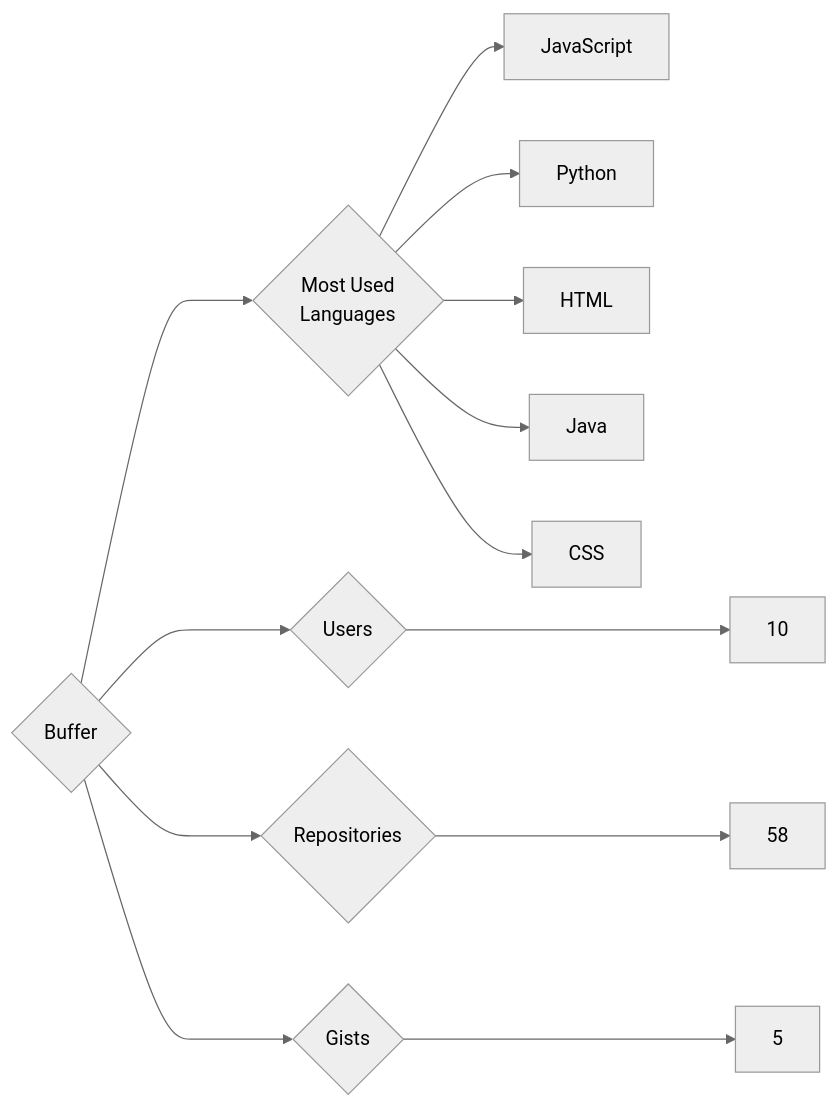
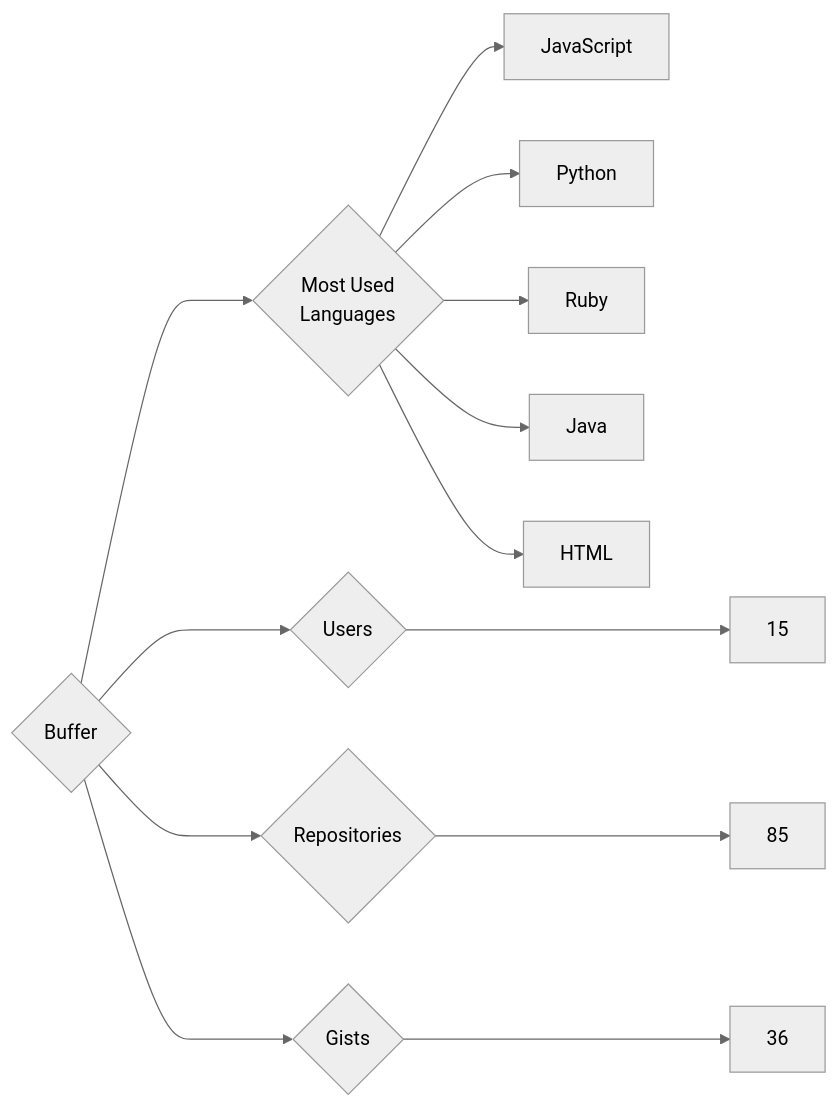
Before and after one commit to trickest/insiders: the diagram in targets/Buffer/README.md, drawn with Mermaid (neutral theme). The commit also changed 1092 other files, not shown here.

````diff
--- a/targets/Buffer/README.md
+++ b/targets/Buffer/README.md
@@ -3,13 +3,13 @@
 ```mermaid
 graph LR
 COMPANY_NAME{Buffer}
-COMPANY_NAME ---> U{Users} ---> UN[10]
-COMPANY_NAME ---> R{Repositories} ---> RN[58]
-COMPANY_NAME ---> G{Gists} ---> GN[5]
+COMPANY_NAME ---> U{Users} ---> UN[15]
+COMPANY_NAME ---> R{Repositories} ---> RN[85]
+COMPANY_NAME ---> G{Gists} ---> GN[36]
 COMPANY_NAME ---> ML{Most Used<br>Languages}
 ML --> JavaScript[JavaScript]
 ML --> Python[Python]
+ML --> Ruby[Ruby]
+ML --> Java[Java]
 ML --> HTML[HTML]
-ML --> Java[Java]
-ML --> CSS[CSS]
 ```
````
